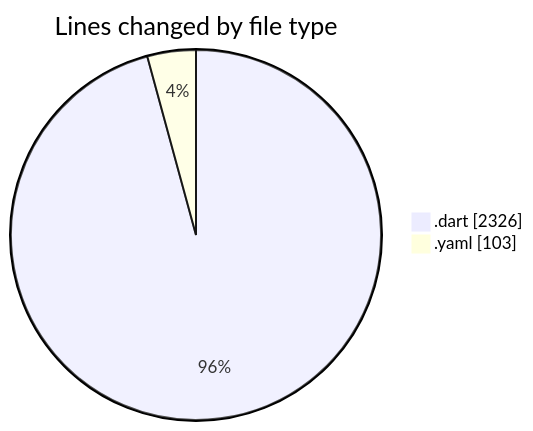
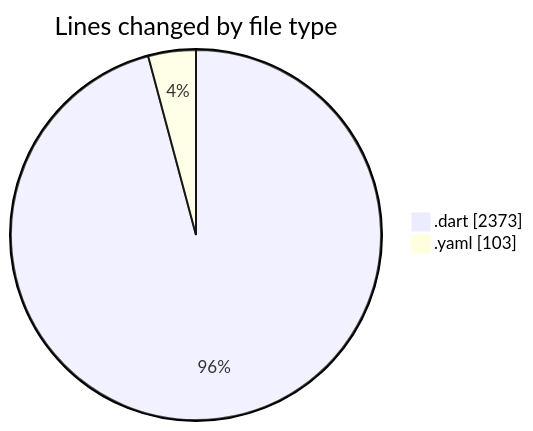
Before and after one commit to donsfak/code-tracking: the first of 2 diagrams in 2025-02-25/trackers_app/README.md, drawn with Mermaid. The commit also changed other lines of this file and 1 other file, not shown here.

````diff
--- a/2025-02-25/trackers_app/README.md
+++ b/2025-02-25/trackers_app/README.md
@@ -32,6 +32,6 @@
 ```mermaid
 pie showData
 title Lines changed by file type
-".dart" : 2326
+".dart" : 2373
 ".yaml" : 103
 ```
````
